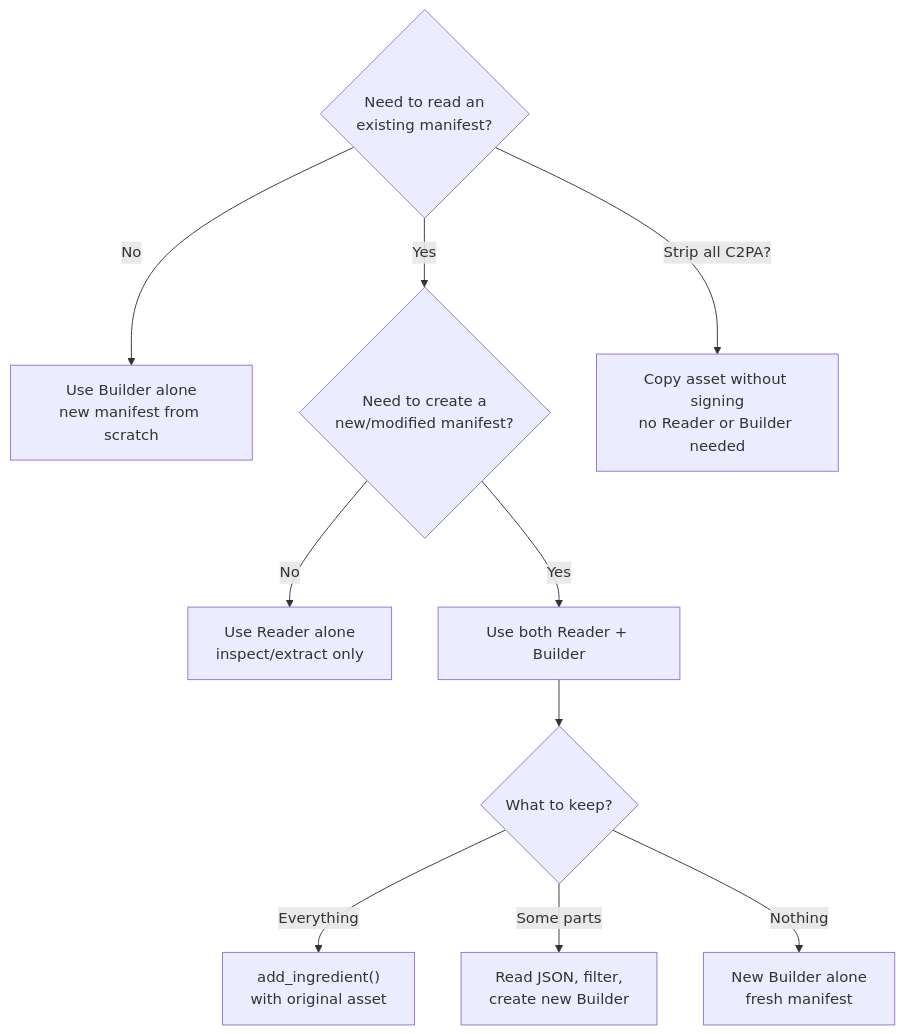
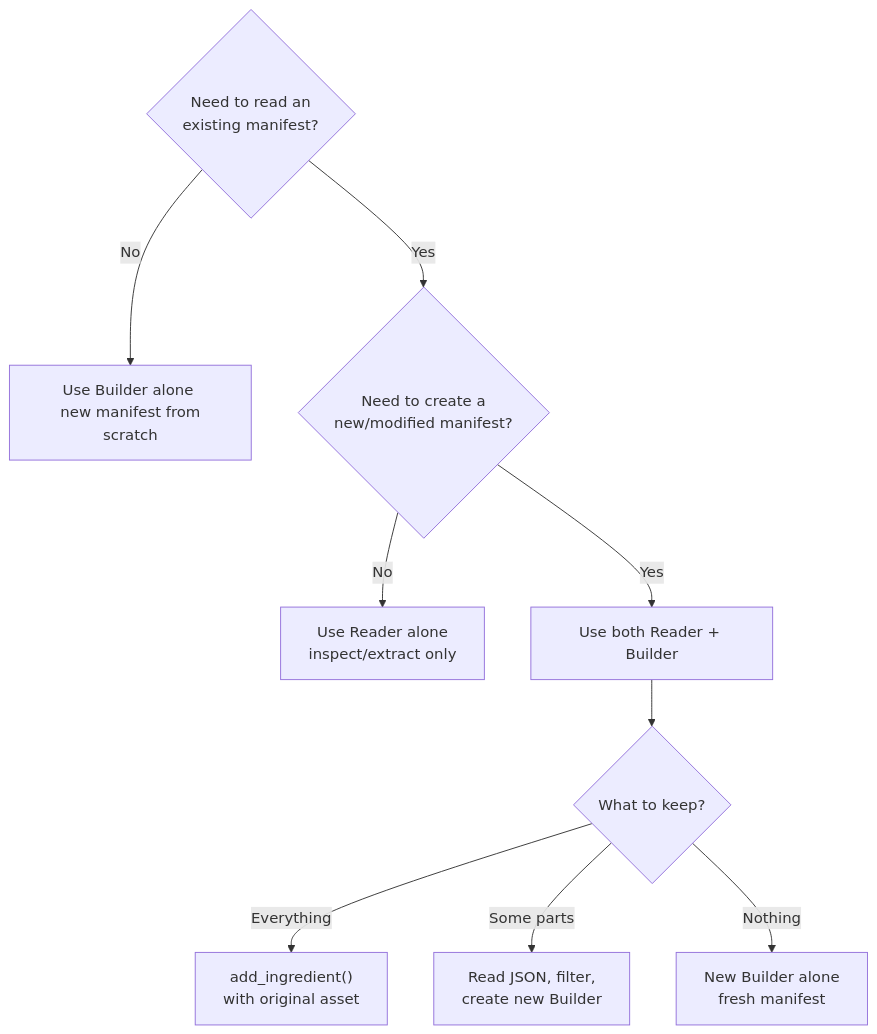
Diagram 11 of 11 in docs/selective-manifests.md (contentauth/c2pa-c), drawn with Mermaid before and after one commit. The commit also changed other lines of this file, not shown here.

````diff
--- a/docs/selective-manifests.md
+++ b/docs/selective-manifests.md
@@ -613,13 +597,12 @@
 ```mermaid
 flowchart TD
     Q1{Need to read an\nexisting manifest?}
-    Q1 -->|No| USE_B[Use Builder alone\nnew manifest from scratch]
-    Q1 -->|Yes| Q2{Need to create a\nnew/modified manifest?}
-    Q2 -->|No| USE_R[Use Reader alone\ninspect/extract only]
+    Q1 -->|No| USE_B[Use Builder alone \n new manifest from scratch]
+    Q1 -->|Yes| Q2{Need to create a \n new/modified manifest?}
+    Q2 -->|No| USE_R[Use Reader alone \n inspect/extract only]
     Q2 -->|Yes| USE_BR[Use both Reader + Builder]
     USE_BR --> Q3{What to keep?}
-    Q3 -->|Everything| P1["add_ingredient()\nwith original asset"]
-    Q3 -->|Some parts| P2["Read JSON, filter,\ncreate new Builder"]
-    Q3 -->|Nothing| P3["New Builder alone\nfresh manifest"]
-    Q1 -->|Strip all C2PA?| STRIP["Copy asset without signing\nno Reader or Builder needed"]
+    Q3 -->|Everything| P1["add_ingredient() \n with original asset"]
+    Q3 -->|Some parts| P2["Read JSON, filter, \n create new Builder"]
+    Q3 -->|Nothing| P3["New Builder alone \n fresh manifest"]
 ```
````
